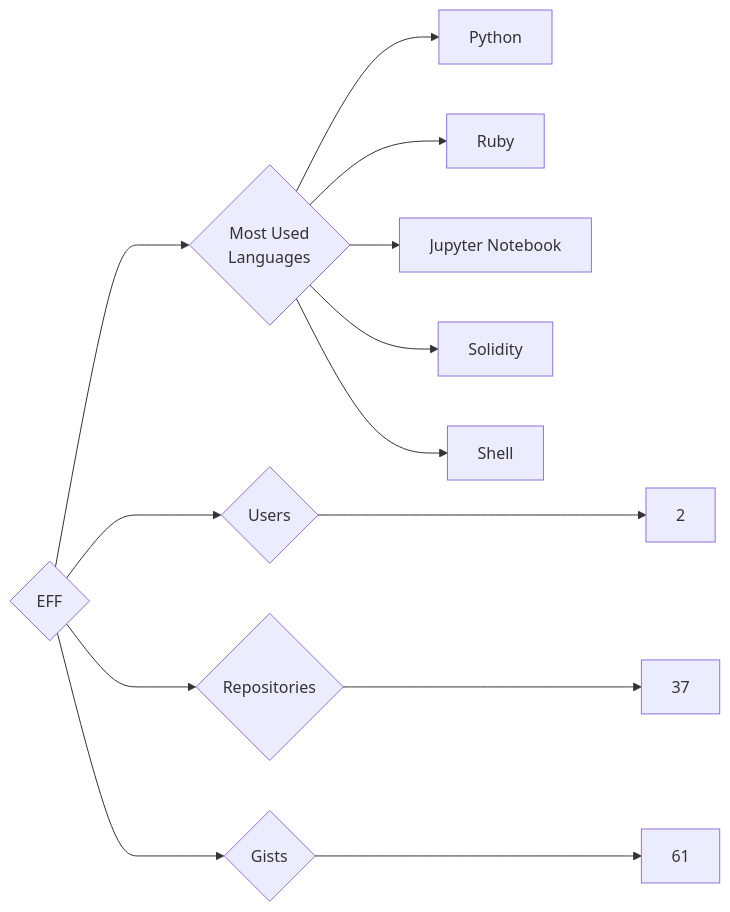
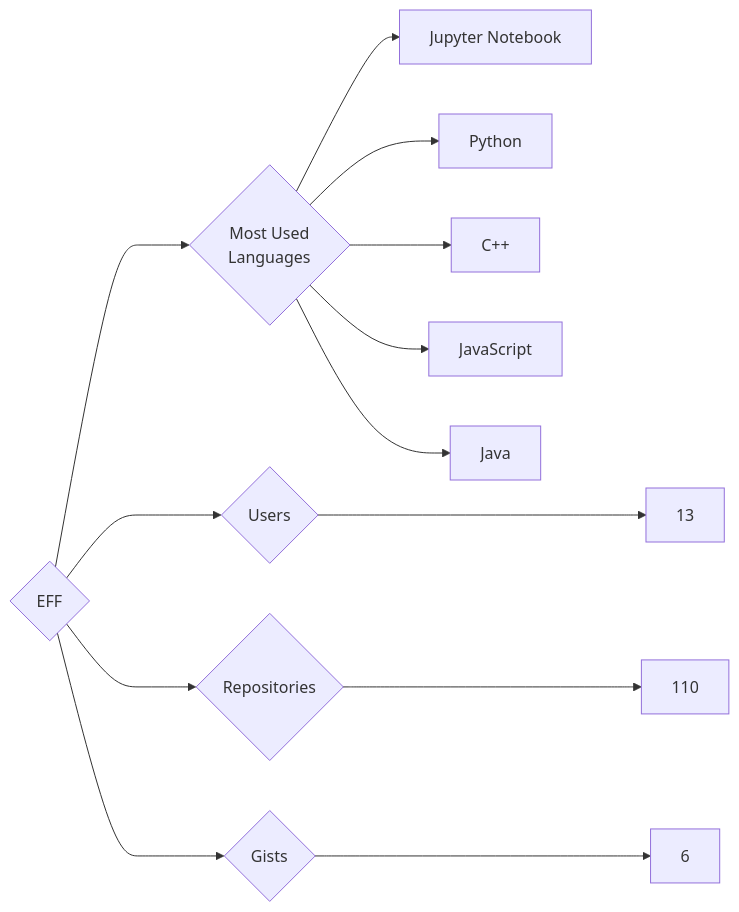
The diagram in targets/EFF/README.md (trickest/insiders), drawn with Mermaid before and after one commit. The commit also changed 930 other files, not shown here.

````diff
--- a/targets/EFF/README.md
+++ b/targets/EFF/README.md
@@ -3,13 +3,13 @@
 ```mermaid
 graph LR
 COMPANY_NAME{EFF}
-COMPANY_NAME ---> U{Users} ---> UN[2]
-COMPANY_NAME ---> R{Repositories} ---> RN[37]
-COMPANY_NAME ---> G{Gists} ---> GN[61]
+COMPANY_NAME ---> U{Users} ---> UN[13]
+COMPANY_NAME ---> R{Repositories} ---> RN[110]
+COMPANY_NAME ---> G{Gists} ---> GN[6]
 COMPANY_NAME ---> ML{Most Used<br>Languages}
+ML --> Jupyter_Notebook[Jupyter Notebook]
 ML --> Python[Python]
-ML --> Ruby[Ruby]
-ML --> Jupyter_Notebook[Jupyter Notebook]
-ML --> Solidity[Solidity]
-ML --> Shell[Shell]
+ML --> C++[C++]
+ML --> JavaScript[JavaScript]
+ML --> Java[Java]
 ```
````
